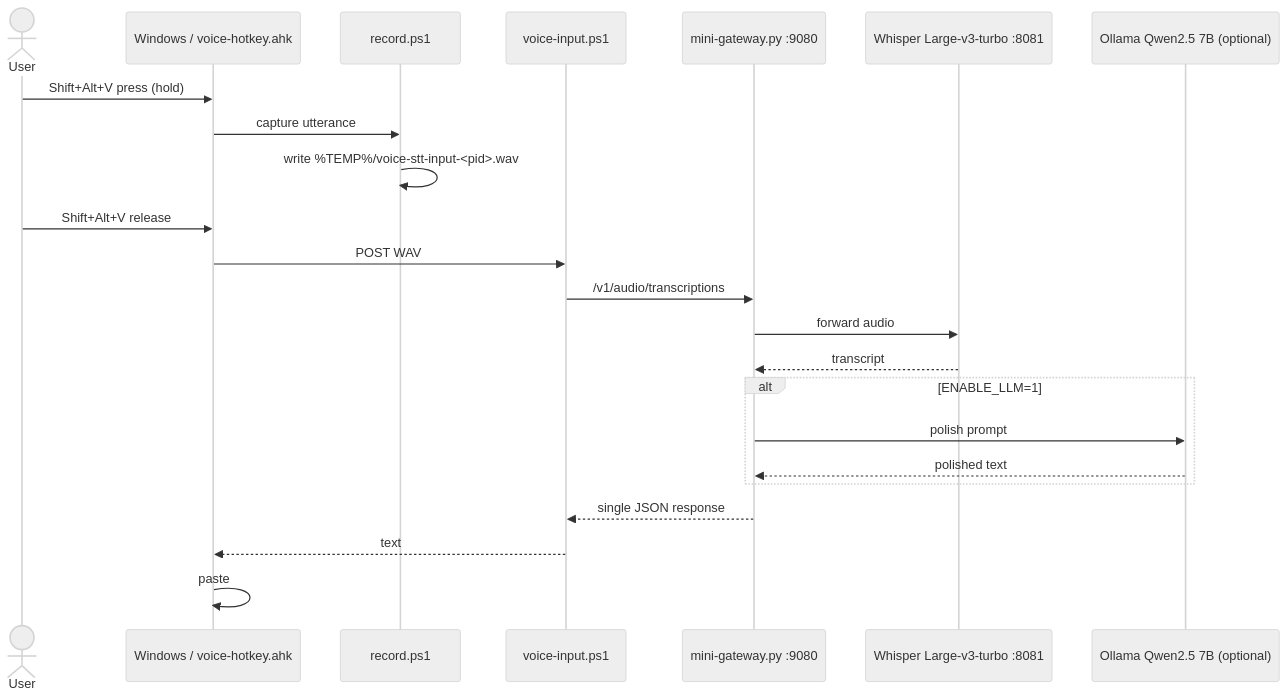
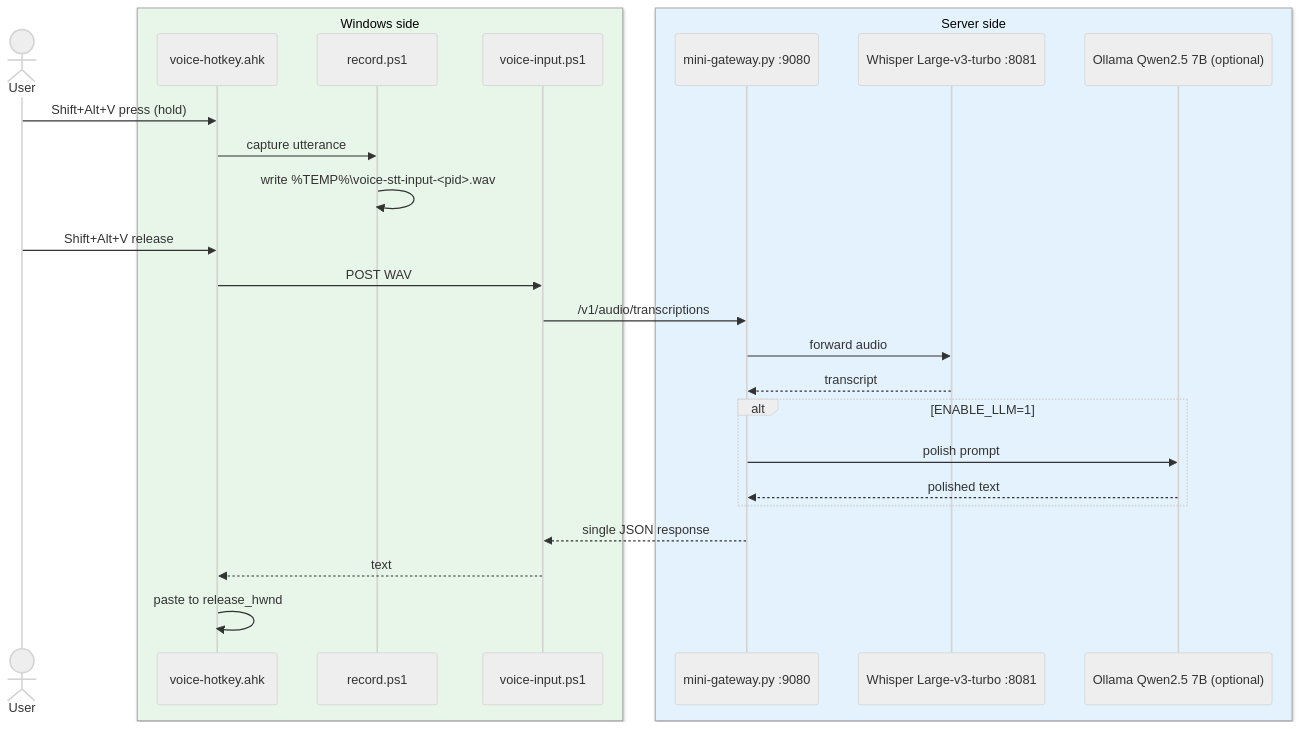
The third of 3 diagrams in docs/ARCHITECTURE.md (fzhiy/voice-stt), drawn with Mermaid before and after one commit. The commit also changed other lines of this file, not shown here.

First line of the commit message:
docs: rewrite ARCHITECTURE.md into 3 audience layers

````diff
--- a/docs/ARCHITECTURE.md
+++ b/docs/ARCHITECTURE.md
@@ -73,29 +138,33 @@
 ```mermaid
 %%{init: {'theme':'neutral'}}%%
 sequenceDiagram
     actor User
-    participant AHK as Windows / voice-hotkey.ahk
+    box rgb(232,245,233) Windows side
+    participant AHK as voice-hotkey.ahk
     participant Record as record.ps1
     participant Upload as voice-input.ps1
+    end
+    box rgb(227,242,253) Server side
     participant Gateway as mini-gateway.py :9080
     participant Whisper as Whisper Large-v3-turbo :8081
     participant Ollama as Ollama Qwen2.5 7B (optional)
+    end
 
     User->>AHK: Shift+Alt+V press (hold)
     AHK->>Record: capture utterance
-    Record->>Record: write %TEMP%/voice-stt-input-<pid>.wav
+    Record->>Record: write %TEMP%\voice-stt-input-<pid>.wav
     User->>AHK: Shift+Alt+V release
     AHK->>Upload: POST WAV
     Upload->>Gateway: /v1/audio/transcriptions
     Gateway->>Whisper: forward audio
     Whisper-->>Gateway: transcript
 
     alt ENABLE_LLM=1
         Gateway->>Ollama: polish prompt
         Ollama-->>Gateway: polished text
     end
 
     Gateway-->>Upload: single JSON response
     Upload-->>AHK: text
-    AHK->>AHK: paste
+    AHK->>AHK: paste to release_hwnd
 ```
````
